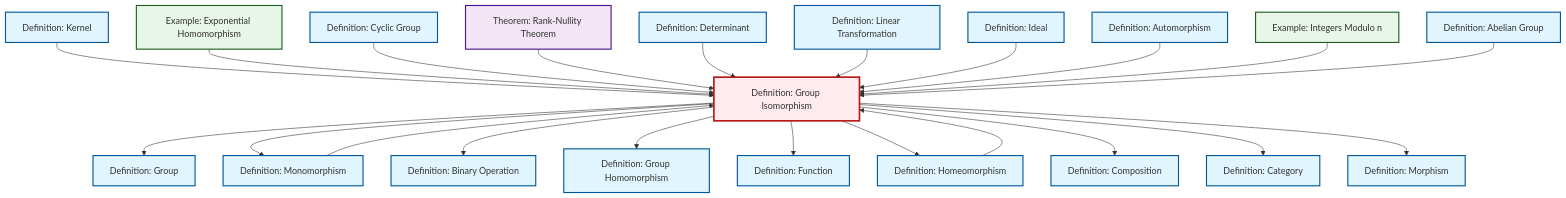
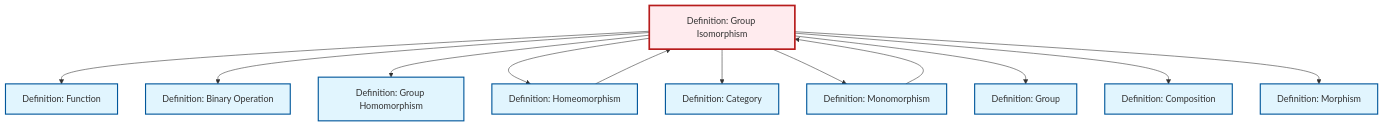
One commit to RK0429/ModernMath changed the diagram in content/ja/algebra/def-isomorphism.qmd. Above: the diagram before and after it, drawn with Mermaid. The commit also changed 597 other files, not shown here.

````diff
--- a/content/ja/algebra/def-isomorphism.qmd
+++ b/content/ja/algebra/def-isomorphism.qmd
@@ -114,70 +114,40 @@
 ```{mermaid}
 %%| fig-cap: "Local dependency graph"
 graph TD
     classDef definition fill:#e1f5fe,stroke:#01579b,stroke-width:2px
     classDef theorem fill:#f3e5f5,stroke:#4a148c,stroke-width:2px
     classDef axiom fill:#fff3e0,stroke:#e65100,stroke-width:2px
     classDef example fill:#e8f5e9,stroke:#1b5e20,stroke-width:2px
     classDef current fill:#ffebee,stroke:#b71c1c,stroke-width:3px
+    def-category["Definition: Category"]:::definition
+    def-homomorphism["Definition: Group Homomorphism"]:::definition
+    def-function["Definition: Function"]:::definition
+    def-isomorphism["Definition: Group Isomorphism"]:::definition
+    def-morphism["Definition: Morphism"]:::definition
+    def-homeomorphism["Definition: Homeomorphism"]:::definition
+    def-monomorphism["Definition: Monomorphism"]:::definition
+    def-composition["Definition: Composition"]:::definition
+    def-group["Definition: Group"]:::definition
     def-binary-operation["Definition: Binary Operation"]:::definition
-    def-function["Definition: Function"]:::definition
-    ex-exponential-homomorphism["Example: Exponential Homomorphism"]:::example
-    def-abelian-group["Definition: Abelian Group"]:::definition
-    def-isomorphism["Definition: Group Isomorphism"]:::definition
-    def-cyclic-group["Definition: Cyclic Group"]:::definition
-    def-homeomorphism["Definition: Homeomorphism"]:::definition
-    def-composition["Definition: Composition"]:::definition
-    def-morphism["Definition: Morphism"]:::definition
-    def-category["Definition: Category"]:::definition
-    def-monomorphism["Definition: Monomorphism"]:::definition
-    def-homomorphism["Definition: Group Homomorphism"]:::definition
-    def-determinant["Definition: Determinant"]:::definition
-    thm-rank-nullity["Theorem: Rank-Nullity Theorem"]:::theorem
-    def-kernel["Definition: Kernel"]:::definition
-    def-group["Definition: Group"]:::definition
-    def-ideal["Definition: Ideal"]:::definition
-    def-linear-transformation["Definition: Linear Transformation"]:::definition
-    def-automorphism["Definition: Automorphism"]:::definition
-    ex-quotient-integers-mod-n["Example: Integers Modulo n"]:::example
-    def-homeomorphism --> def-isomorphism
-    def-isomorphism --> def-group
-    def-isomorphism --> def-monomorphism
-    def-kernel --> def-isomorphism
+    def-isomorphism --> def-function
     def-isomorphism --> def-binary-operation
     def-isomorphism --> def-homomorphism
-    def-isomorphism --> def-function
-    ex-exponential-homomorphism --> def-isomorphism
-    def-cyclic-group --> def-isomorphism
-    thm-rank-nullity --> def-isomorphism
+    def-homeomorphism --> def-isomorphism
     def-isomorphism --> def-homeomorphism
-    def-determinant --> def-isomorphism
-    def-linear-transformation --> def-isomorphism
-    def-ideal --> def-isomorphism
-    def-automorphism --> def-isomorphism
+    def-isomorphism --> def-category
+    def-isomorphism --> def-monomorphism
+    def-isomorphism --> def-group
+    def-isomorphism --> def-composition
     def-monomorphism --> def-isomorphism
-    def-isomorphism --> def-composition
-    ex-quotient-integers-mod-n --> def-isomorphism
-    def-abelian-group --> def-isomorphism
-    def-isomorphism --> def-category
     def-isomorphism --> def-morphism
     class def-isomorphism current
+    click def-category "def-category.html" "Definition: Categoryへ"
+    click def-homomorphism "def-homomorphism.html" "Definition: Group Homomorphismへ"
+    click def-function "def-function.html" "Definition: Functionへ"
+    click def-morphism "def-morphism.html" "Definition: Morphismへ"
+    click def-homeomorphism "def-homeomorphism.html" "Definition: Homeomorphismへ"
+    click def-monomorphism "def-monomorphism.html" "Definition: Monomorphismへ"
+    click def-composition "def-composition.html" "Definition: Compositionへ"
+    click def-group "def-group.html" "Definition: Groupへ"
     click def-binary-operation "def-binary-operation.html" "Definition: Binary Operationへ"
-    click def-function "def-function.html" "Definition: Functionへ"
-    click ex-exponential-homomorphism "ex-exponential-homomorphism.html" "Example: Exponential Homomorphismへ"
-    click def-abelian-group "def-abelian-group.html" "Definition: Abelian Groupへ"
-    click def-cyclic-group "def-cyclic-group.html" "Definition: Cyclic Groupへ"
-    click def-homeomorphism "def-homeomorphism.html" "Definition: Homeomorphismへ"
-    click def-composition "def-composition.html" "Definition: Compositionへ"
-    click def-morphism "def-morphism.html" "Definition: Morphismへ"
-    click def-category "def-category.html" "Definition: Categoryへ"
-    click def-monomorphism "def-monomorphism.html" "Definition: Monomorphismへ"
-    click def-homomorphism "def-homomorphism.html" "Definition: Group Homomorphismへ"
-    click def-determinant "def-determinant.html" "Definition: Determinantへ"
-    click thm-rank-nullity "thm-rank-nullity.html" "Theorem: Rank-Nullity Theoremへ"
-    click def-kernel "def-kernel.html" "Definition: Kernelへ"
-    click def-group "def-group.html" "Definition: Groupへ"
-    click def-ideal "def-ideal.html" "Definition: Idealへ"
-    click def-linear-transformation "def-linear-transformation.html" "Definition: Linear Transformationへ"
-    click def-automorphism "def-automorphism.html" "Definition: Automorphismへ"
-    click ex-quotient-integers-mod-n "ex-quotient-integers-mod-n.html" "Example: Integers Modulo nへ"
 ```
````
